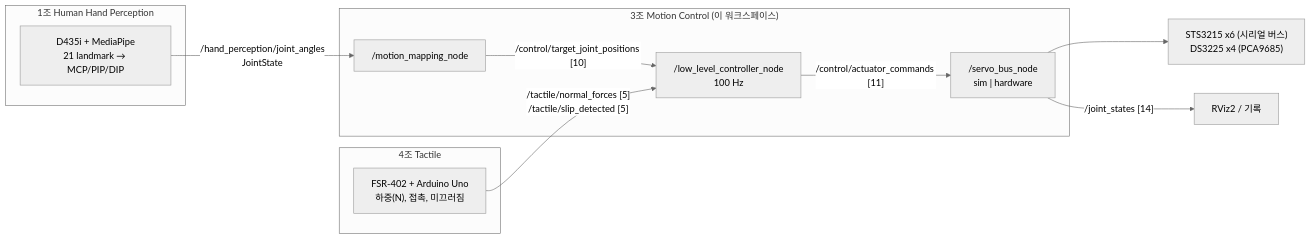
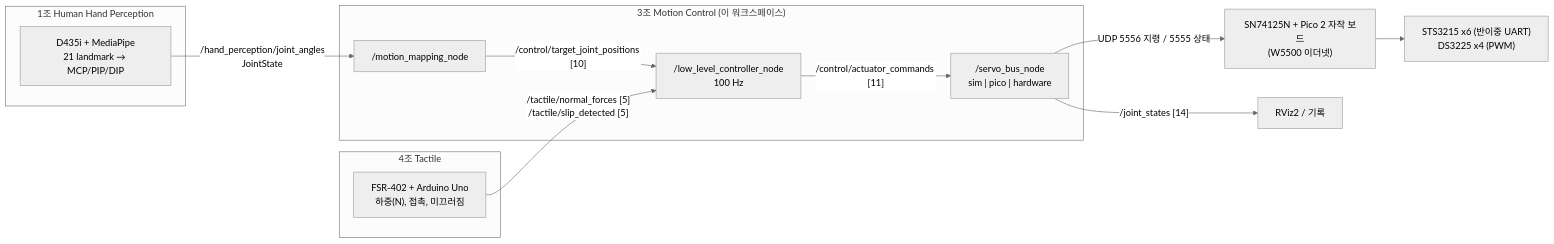
The diagram in ros2_ws/README.md (fain0516-ctrl/TA_VLA_RLCtrl__repo), drawn with Mermaid (neutral theme) before and after one commit. The commit also changed other lines of this file and 14 other files, not shown here.

First line of the commit message:
Drive servos from the Pico 2 board over W5500 UDP

````diff
--- a/ros2_ws/README.md
+++ b/ros2_ws/README.md
@@ -9,22 +9,24 @@
 ```mermaid
 flowchart LR
     subgraph T1["1조 Human Hand Perception"]
         P["D435i + MediaPipe<br/>21 landmark → MCP/PIP/DIP"]
     end
     subgraph T4["4조 Tactile"]
         F["FSR-402 + Arduino Uno<br/>하중(N), 접촉, 미끄러짐"]
     end
     subgraph T3["3조 Motion Control (이 워크스페이스)"]
         M["/motion_mapping_node"]
         C["/low_level_controller_node<br/>100 Hz"]
-        B["/servo_bus_node<br/>sim | hardware"]
+        B["/servo_bus_node<br/>sim | pico | hardware"]
     end
-    HW["STS3215 x6 (시리얼 버스)<br/>DS3225 x4 (PCA9685)"]
+    PICO["SN74125N + Pico 2 자작 보드<br/>(W5500 이더넷)"]
+    HW["STS3215 x6 (반이중 UART)<br/>DS3225 x4 (PWM)"]
 
     P -- "/hand_perception/joint_angles<br/>JointState" --> M
     M -- "/control/target_joint_positions [10]" --> C
     F -- "/tactile/normal_forces [5]<br/>/tactile/slip_detected [5]" --> C
     C -- "/control/actuator_commands [11]" --> B
-    B --> HW
+    B -- "UDP 5556 지령 / 5555 상태" --> PICO
+    PICO --> HW
     B -- "/joint_states [14]" --> RViz2["RViz2 / 기록"]
 ```
````
